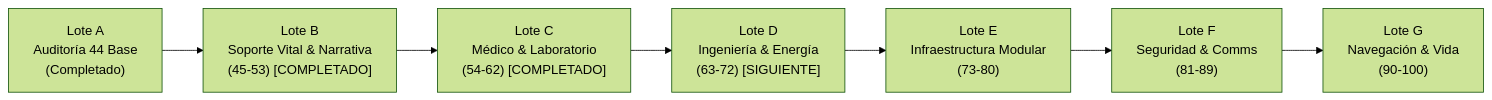
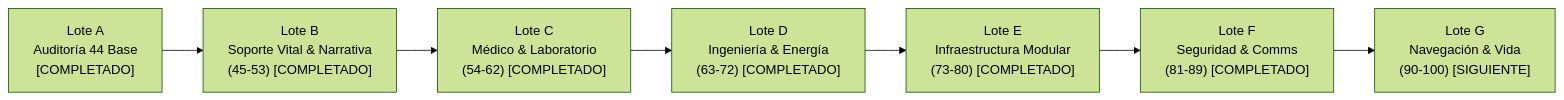
One commit to FrancisCuarto/MODELCODER changed the diagram in docs/BELOW_NOMINAL_100_ASSET_ROADMAP.md. Above: the diagram before and after it, drawn with Mermaid (forest theme). The commit also changed other lines of this file and 76 other files, not shown here.

````diff
--- a/docs/BELOW_NOMINAL_100_ASSET_ROADMAP.md
+++ b/docs/BELOW_NOMINAL_100_ASSET_ROADMAP.md
@@ -13,9 +13,9 @@
 ```mermaid
 flowchart LR
-    A["Lote A<br/>Auditoría 44 Base<br/>(Completado)"] --> B["Lote B<br/>Soporte Vital & Narrativa<br/>(45-53) [COMPLETADO]"]
+    A["Lote A<br/>Auditoría 44 Base<br/>[COMPLETADO]"] --> B["Lote B<br/>Soporte Vital & Narrativa<br/>(45-53) [COMPLETADO]"]
     B --> C["Lote C<br/>Médico & Laboratorio<br/>(54-62) [COMPLETADO]"]
-    C --> D["Lote D<br/>Ingeniería & Energía<br/>(63-72) [SIGUIENTE]"]
-    D --> E["Lote E<br/>Infraestructura Modular<br/>(73-80)"]
-    E --> F["Lote F<br/>Seguridad & Comms<br/>(81-89)"]
-    F --> G["Lote G<br/>Navegación & Vida<br/>(90-100)"]
+    C --> D["Lote D<br/>Ingeniería & Energía<br/>(63-72) [COMPLETADO]"]
+    D --> E["Lote E<br/>Infraestructura Modular<br/>(73-80) [COMPLETADO]"]
+    E --> F["Lote F<br/>Seguridad & Comms<br/>(81-89) [COMPLETADO]"]
+    F --> G["Lote G<br/>Navegación & Vida<br/>(90-100) [SIGUIENTE]"]
 ```
````
